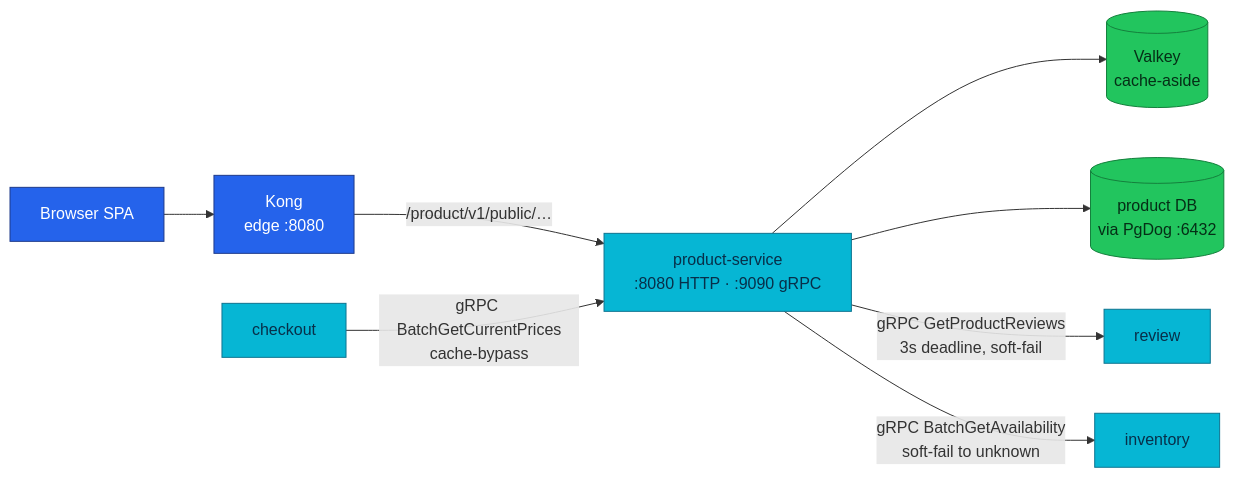
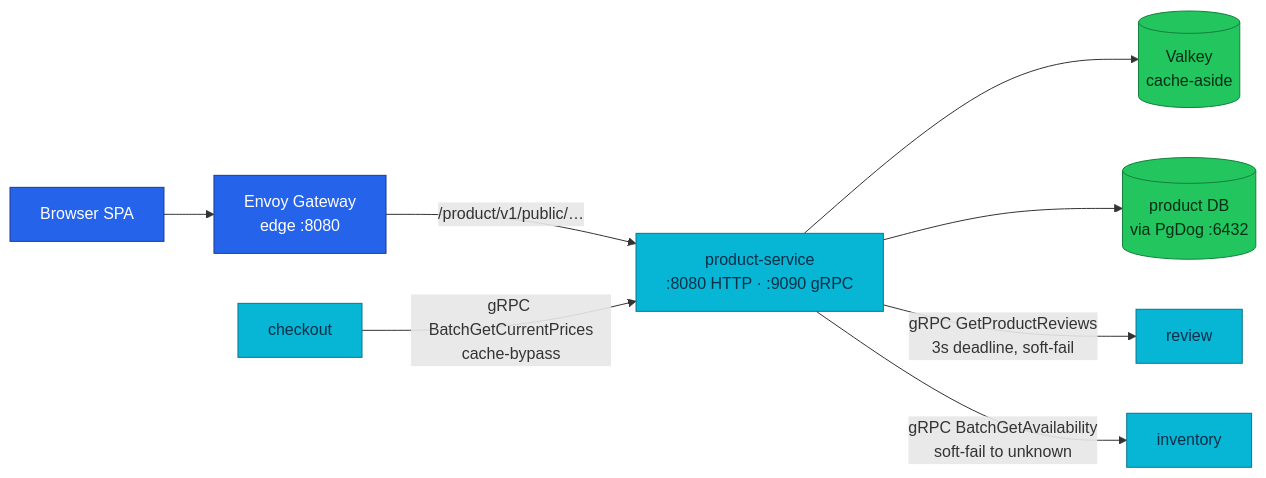
One commit to duynhlab/homelab changed the diagram in docs/api/product.md. Above: the diagram before and after it, drawn with Mermaid. The commit also changed other lines of this file and 28 other files, not shown here.

````diff
--- a/docs/api/product.md
+++ b/docs/api/product.md
@@ -59,17 +59,17 @@
 ```mermaid
 flowchart LR
-    SPA["Browser SPA"] --> Kong["Kong<br/>edge :8080"]
-    Kong -->|"/product/v1/public/…"| Product["product-service<br/>:8080 HTTP · :9090 gRPC"]
+    SPA["Browser SPA"] --> Edge["Envoy Gateway<br/>edge :8080"]
+    Edge -->|"/product/v1/public/…"| Product["product-service<br/>:8080 HTTP · :9090 gRPC"]
     Product --> Cache[("Valkey<br/>cache-aside")]
     Product --> DB[("product DB<br/>via PgDog :6432")]
     Product -->|"gRPC GetProductReviews<br/>3s deadline, soft-fail"| Review[review]
     Product -->|"gRPC BatchGetAvailability<br/>soft-fail to unknown"| Inventory[inventory]
     Checkout[checkout] -->|"gRPC BatchGetCurrentPrices<br/>cache-bypass"| Product
 
     classDef edge fill:#2563eb,color:#fff,stroke:#1e3a8a;
     classDef service fill:#06b6d4,color:#082f49,stroke:#0e7490;
     classDef data fill:#22c55e,color:#052e16,stroke:#15803d;
-    class SPA,Kong edge;
+    class SPA,Edge edge;
     class Product,Review,Checkout,Inventory service;
     class DB,Cache data;
 ```
````
